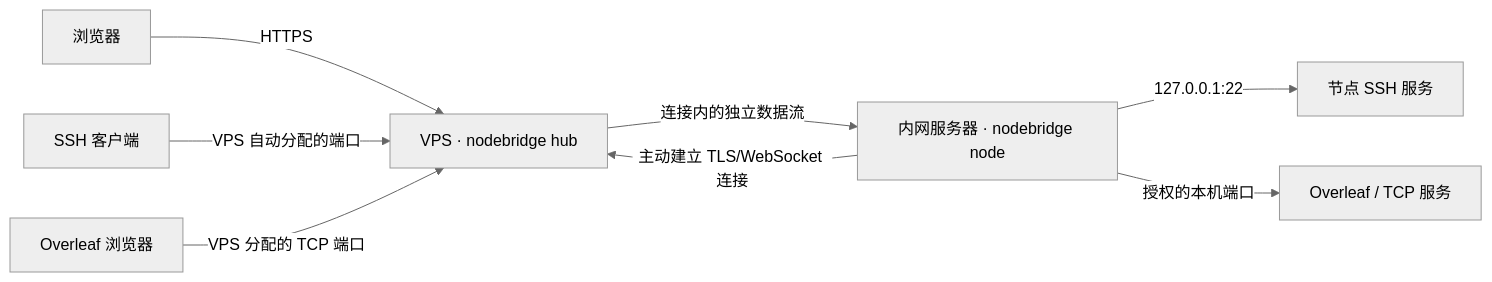
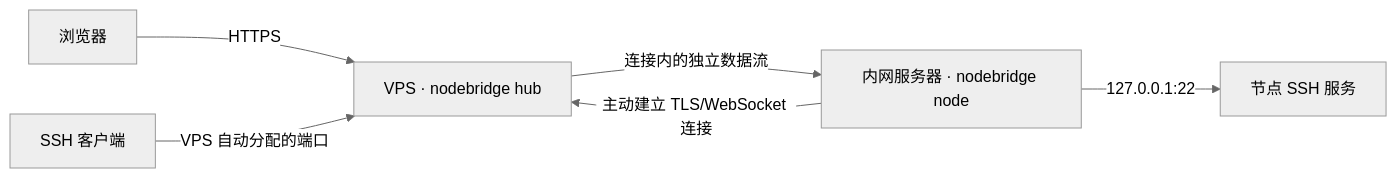
The diagram in README.md (johnfan12/NodeBridge), drawn with Mermaid (neutral theme) before and after one commit. The commit also changed other lines of this file and 22 other files, not shown here.

Commit message:
Move TCP forwarding to standalone PortBridge and keep NodeBridge SSH-only

````diff
--- a/README.md
+++ b/README.md
@@ -11,10 +12,8 @@
 ```mermaid
 flowchart LR
     browser[浏览器] -->|HTTPS| hub[VPS · nodebridge hub]
     node[内网服务器 · nodebridge node] -->|主动建立 TLS/WebSocket 连接| hub
     ssh[SSH 客户端] -->|VPS 自动分配的端口| hub
     hub -->|连接内的独立数据流| node
     node -->|127.0.0.1:22| sshd[节点 SSH 服务]
-    web[Overleaf 浏览器] -->|VPS 分配的 TCP 端口| hub
-    node -->|授权的本机端口| overleaf[Overleaf / TCP 服务]
 ```
````
